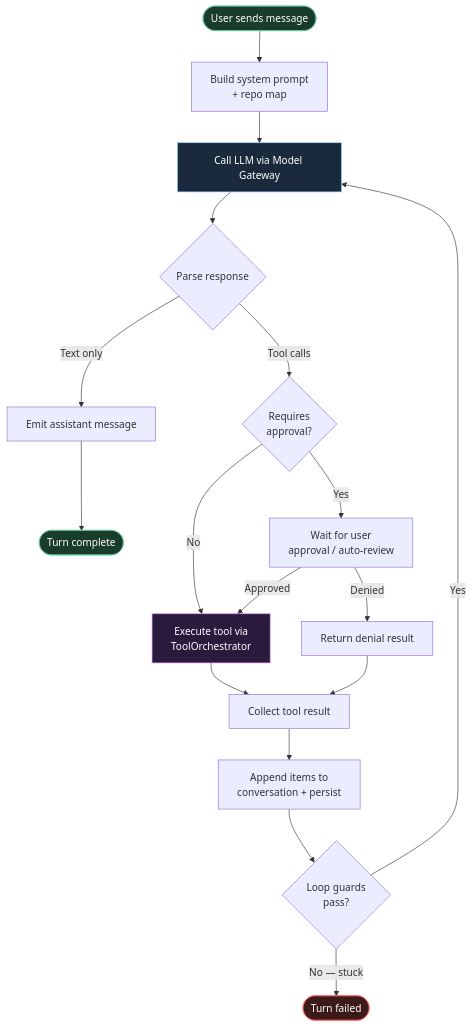
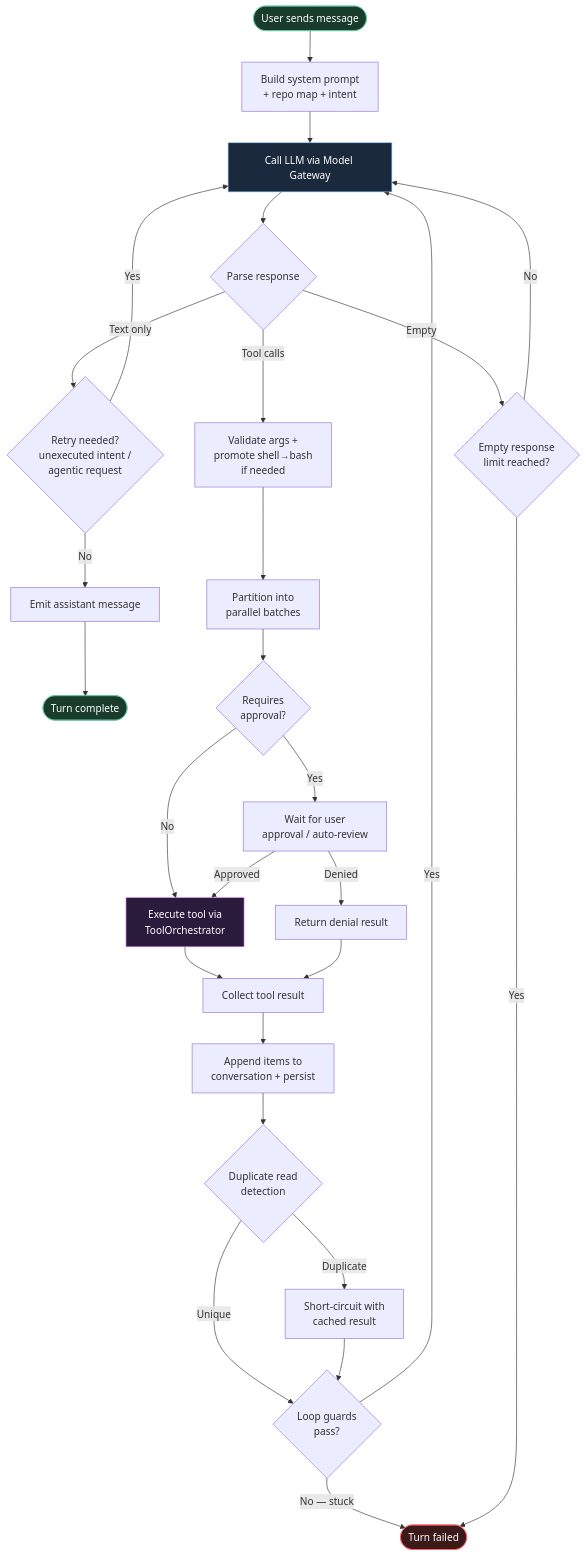
The second of 12 diagrams in docs/ARCHITECTURE.md (basadi-dev/codezilla), drawn with Mermaid before and after one commit. The commit also changed other lines of this file, not shown here.

Commit message:
docs: update architecture documentation with agentic loop enhancements, sub-agent supervision, parallel tool batching, and surface-layer interfaces.

````diff
--- a/docs/ARCHITECTURE.md
+++ b/docs/ARCHITECTURE.md
@@ -80,30 +124,40 @@
 ```mermaid
 flowchart TD
-    Start([User sends message]) --> BuildCtx[Build system prompt<br/>+ repo map]
+    Start([User sends message]) --> BuildCtx[Build system prompt<br/>+ repo map + intent]
     BuildCtx --> CallLLM[Call LLM via Model Gateway]
     CallLLM --> ParseResp{Parse response}
 
-    ParseResp -->|Text only| EmitText[Emit assistant message]
+    ParseResp -->|Text only| RetryCheck{Retry needed?<br/>unexecuted intent /<br/>agentic request}
+    RetryCheck -->|No| EmitText[Emit assistant message]
+    RetryCheck -->|Yes| CallLLM
     EmitText --> Done([Turn complete])
 
-    ParseResp -->|Tool calls| CheckApproval{Requires<br/>approval?}
+    ParseResp -->|Tool calls| Validate[Validate args +<br/>promote shell→bash<br/>if needed]
+    Validate --> Batch[Partition into<br/>parallel batches]
+    Batch --> CheckApproval{Requires<br/>approval?}
 
     CheckApproval -->|No| ExecTool[Execute tool via<br/>ToolOrchestrator]
     CheckApproval -->|Yes| WaitApproval[Wait for user<br/>approval / auto-review]
     WaitApproval -->|Approved| ExecTool
     WaitApproval -->|Denied| DenyResult[Return denial result]
 
     ExecTool --> ToolResult[Collect tool result]
     DenyResult --> ToolResult
     ToolResult --> AppendItems[Append items to<br/>conversation + persist]
-    AppendItems --> GuardCheck{Loop guards<br/>pass?}
-
+    AppendItems --> DedupCheck{Duplicate read<br/>detection}
+    DedupCheck -->|Duplicate| SkipRead[Short-circuit with<br/>cached result]
+    DedupCheck -->|Unique| GuardCheck{Loop guards<br/>pass?}
+    SkipRead --> GuardCheck
     GuardCheck -->|Yes| CallLLM
     GuardCheck -->|No — stuck| FailTurn([Turn failed])
+
+    ParseResp -->|Empty| EmptyGuard{Empty response<br/>limit reached?}
+    EmptyGuard -->|No| CallLLM
+    EmptyGuard -->|Yes| FailTurn
 
     style Start fill:#1a3c2a,stroke:#64c8a3,color:#fff
     style Done fill:#1a3c2a,stroke:#64c8a3,color:#fff
     style FailTurn fill:#3c1a1a,stroke:#ff6464,color:#fff
     style CallLLM fill:#1a2a3c,stroke:#8cc8ff,color:#fff
     style ExecTool fill:#2a1a3c,stroke:#dc8cff,color:#fff
 ```
````
